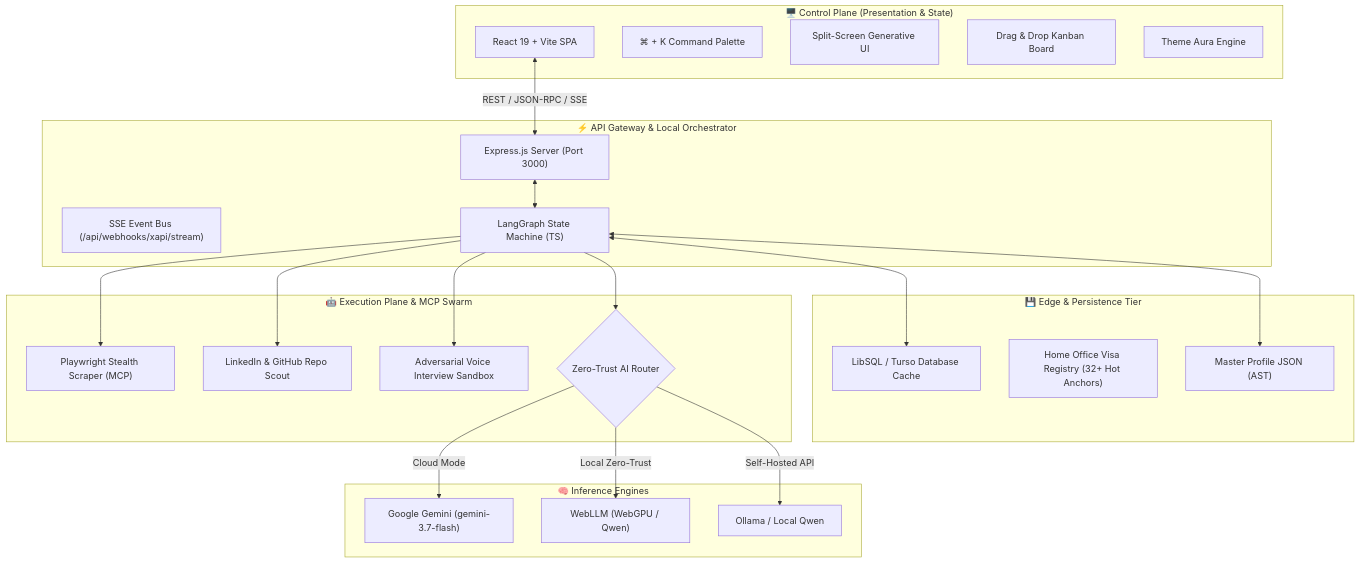
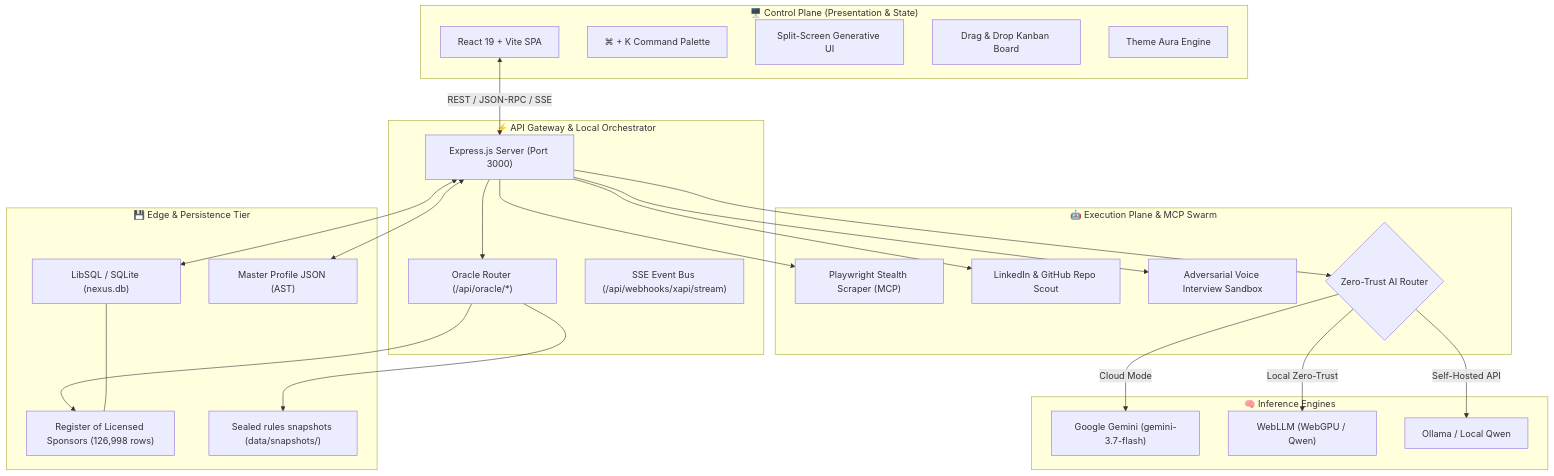
Before and after one commit to moaidmoatasem/cherenkov-nexus: the diagram in README.md, drawn with Mermaid. The commit also changed other lines of this file and 6 other files, not shown here.

````diff
--- a/README.md
+++ b/README.md
@@ -45,47 +80,51 @@
 ```mermaid
 graph TB
     subgraph UI_Layer ["🖥️ Control Plane (Presentation & State)"]
         ReactApp["React 19 + Vite SPA"]
         CmdK["⌘ + K Command Palette"]
         SplitScreen["Split-Screen Generative UI"]
         Kanban["Drag & Drop Kanban Board"]
         Aura["Theme Aura Engine"]
     end
 
     subgraph Gateway_Layer ["⚡ API Gateway & Local Orchestrator"]
         Express["Express.js Server (Port 3000)"]
+        OracleRouter["Oracle Router (/api/oracle/*)"]
         SSEStream["SSE Event Bus (/api/webhooks/xapi/stream)"]
-        LangGraph["LangGraph State Machine (TS)"]
     end
 
     subgraph Data_Layer ["💾 Edge & Persistence Tier"]
-        LibSQL["LibSQL / Turso Database Cache"]
-        SponsorsDB["Home Office Visa Registry (32+ Hot Anchors)"]
+        LibSQL["LibSQL / SQLite (nexus.db)"]
+        SponsorsDB["Register of Licensed Sponsors (126,998 rows)"]
+        Snapshots["Sealed rules snapshots (data/snapshots/)"]
         MasterProfile["Master Profile JSON (AST)"]
     end
 
     subgraph Execution_Layer ["🤖 Execution Plane & MCP Swarm"]
         PlaywrightMCP["Playwright Stealth Scraper (MCP)"]
         LinkedInScout["LinkedIn & GitHub Repo Scout"]
         AudioInterview["Adversarial Voice Interview Sandbox"]
         InferenceRouter{"Zero-Trust AI Router"}
     end
 
     subgraph AI_Engines ["🧠 Inference Engines"]
         GeminiCloud["Google Gemini (gemini-3.7-flash)"]
         LocalWebLLM["WebLLM (WebGPU / Qwen)"]
         LocalOllama["Ollama / Local Qwen"]
     end
 
     ReactApp <-->|"REST / JSON-RPC / SSE"| Express
-    Express <--> LangGraph
-    LangGraph <--> LibSQL
-    LangGraph <--> MasterProfile
-    LangGraph --> PlaywrightMCP
-    LangGraph --> LinkedInScout
-    LangGraph --> AudioInterview
-    LangGraph --> InferenceRouter
+    Express --> OracleRouter
+    OracleRouter --> SponsorsDB
+    OracleRouter --> Snapshots
+    Express <--> LibSQL
+    Express <--> MasterProfile
+    Express --> PlaywrightMCP
+    Express --> LinkedInScout
+    Express --> AudioInterview
+    Express --> InferenceRouter
+    LibSQL --- SponsorsDB
     InferenceRouter -->|"Cloud Mode"| GeminiCloud
     InferenceRouter -->|"Local Zero-Trust"| LocalWebLLM
     InferenceRouter -->|"Self-Hosted API"| LocalOllama
 ```
````
